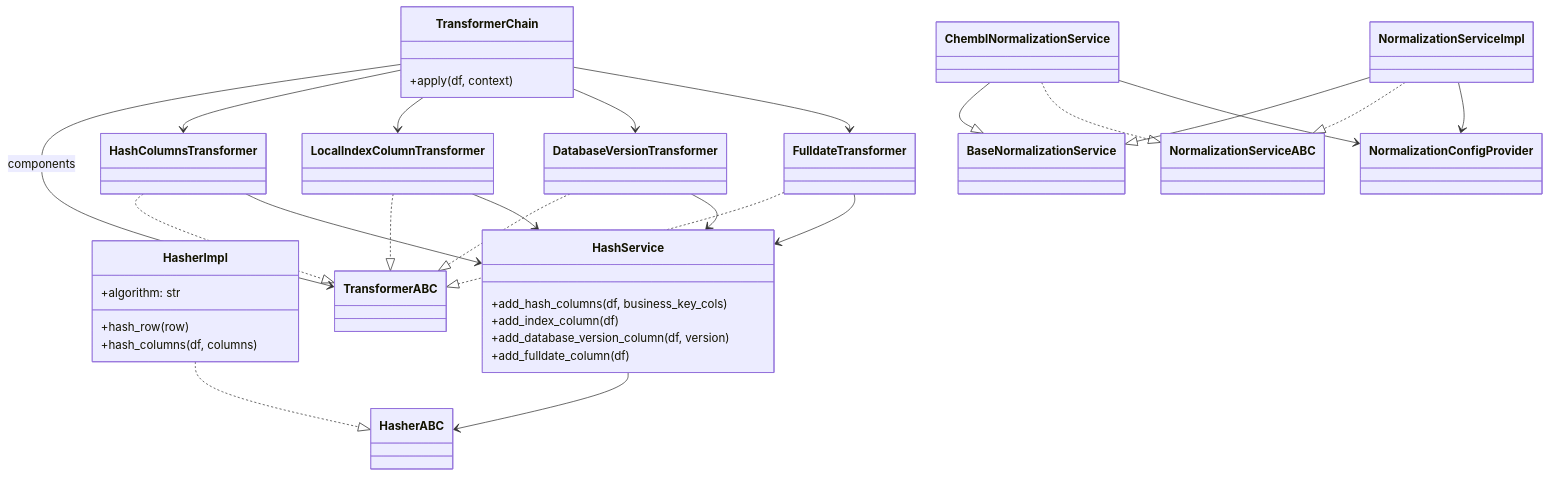
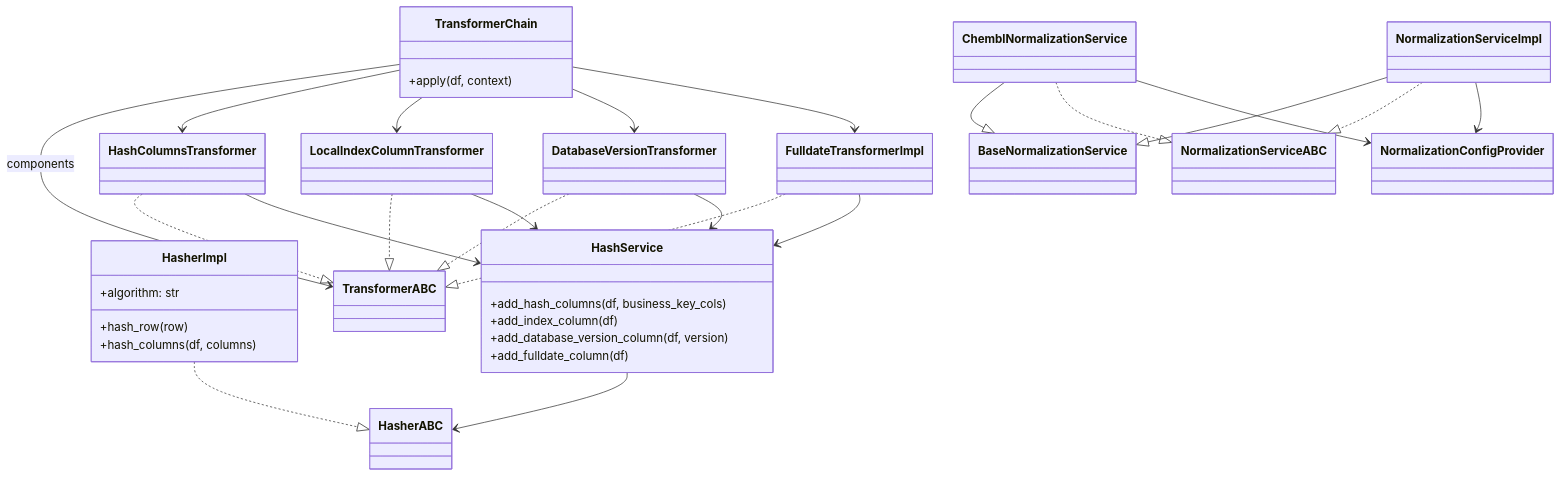
One commit to SatoryKono/BioactivityDataAcquisition changed the diagram in docs/architecture/diagrams/class/16-hashing-normalization-classes.mmd. Above: the diagram before and after it, drawn with Mermaid. The commit also changed 10 other files, not shown here.

Commit message:
Use run context timestamp for fulldate transformer

```diff
--- a/docs/architecture/diagrams/class/16-hashing-normalization-classes.mmd
+++ b/docs/architecture/diagrams/class/16-hashing-normalization-classes.mmd
@@ -1,55 +1,55 @@
 ---
 id: 8e1b7c45-0c2f-4e6a-9fd7-26cbdc6b22a2
 ---
 %%{init: {"class": {"domainPrimary": {"fill": "#f5f5f5", "stroke": "#444", "strokeWidth": 1.5, "color": "#111", "fontSize": "22px"}, "domainSecondary": {"fill": "#e3e7ec", "stroke": "#555", "strokeWidth": 1.2, "color": "#111", "fontSize": "18px"}, "interface": {"fill": "#dde7f2", "stroke": "#44546a", "strokeWidth": 1.5, "color": "#111", "fontSize": "22px"}}}}%%
 classDiagram-v2
 
 class HasherABC
 class HasherImpl {
   +algorithm: str
   +hash_row(row)
   +hash_columns(df, columns)
 }
 class HashService {
   +add_hash_columns(df, business_key_cols)
   +add_index_column(df)
   +add_database_version_column(df, version)
   +add_fulldate_column(df)
 }
 
 class TransformerABC
 class TransformerChain {
   +apply(df, context)
 }
 class HashColumnsTransformer
 class LocalIndexColumnTransformer
 class DatabaseVersionTransformer
-class FulldateTransformer
+class FulldateTransformerImpl
 
 class BaseNormalizationService
 class NormalizationServiceABC
 class ChemblNormalizationService
 class NormalizationServiceImpl
 class NormalizationConfigProvider
 
 HasherImpl ..|> HasherABC
 HashService --> HasherABC
 TransformerChain --> TransformerABC : components
 HashColumnsTransformer ..|> TransformerABC
 LocalIndexColumnTransformer ..|> TransformerABC
 DatabaseVersionTransformer ..|> TransformerABC
-FulldateTransformer ..|> TransformerABC
+FulldateTransformerImpl ..|> TransformerABC
 TransformerChain --> HashColumnsTransformer
 TransformerChain --> LocalIndexColumnTransformer
 TransformerChain --> DatabaseVersionTransformer
-TransformerChain --> FulldateTransformer
+TransformerChain --> FulldateTransformerImpl
 ChemblNormalizationService --|> BaseNormalizationService
 NormalizationServiceImpl --|> BaseNormalizationService
 ChemblNormalizationService ..|> NormalizationServiceABC
 NormalizationServiceImpl ..|> NormalizationServiceABC
 ChemblNormalizationService --> NormalizationConfigProvider
 NormalizationServiceImpl --> NormalizationConfigProvider
 HashColumnsTransformer --> HashService
 LocalIndexColumnTransformer --> HashService
 DatabaseVersionTransformer --> HashService
-FulldateTransformer --> HashService
+FulldateTransformerImpl --> HashService
```
